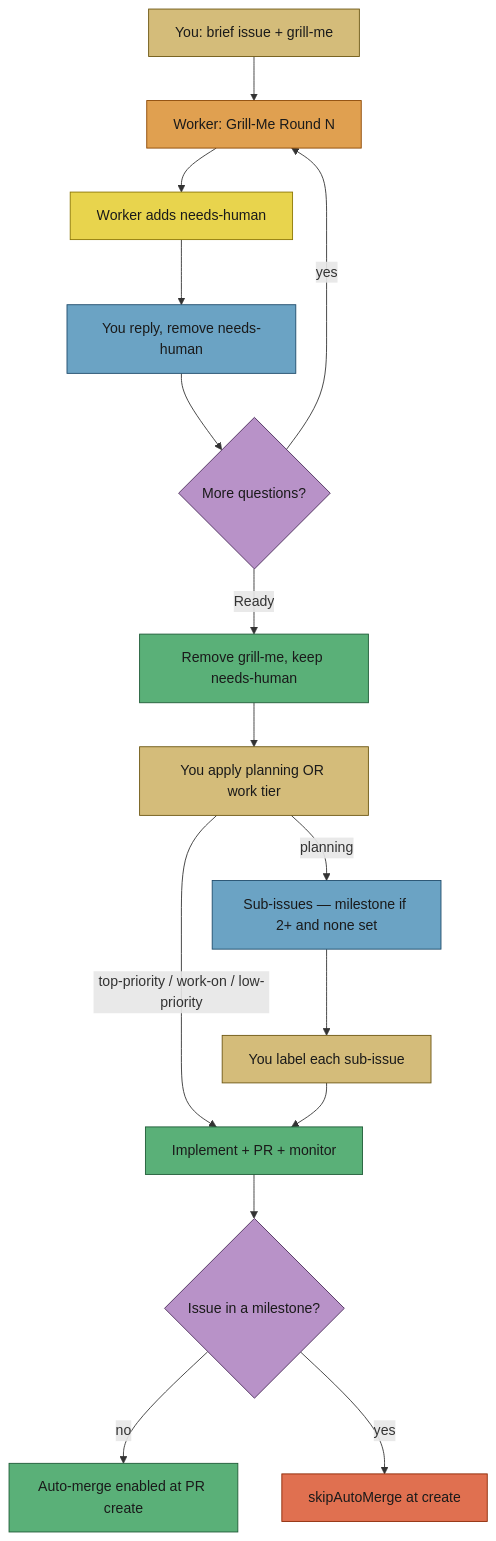
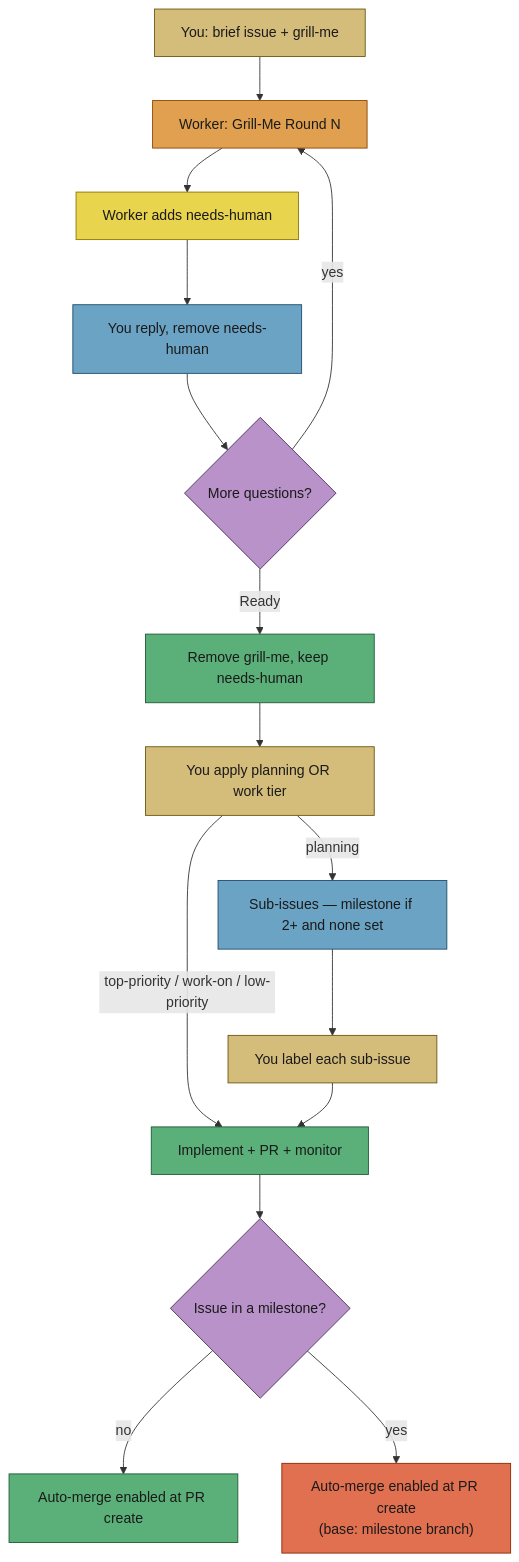
Before and after one commit to stSoftwareAU/VibeCoder: the first of 6 diagrams in docs/workflows/label-flows.md, drawn with Mermaid. The commit also changed other lines of this file and 7 other files, not shown here.

````diff
--- a/docs/workflows/label-flows.md
+++ b/docs/workflows/label-flows.md
@@ -43,30 +43,30 @@
 ```mermaid
 flowchart TD
   Brief["You: brief issue + grill-me"] --> Round["Worker: Grill-Me Round N"]
   Round --> NH["Worker adds needs-human"]
   NH --> Reply["You reply, remove needs-human"]
   Reply --> More{"More questions?"}
   More -->|yes| Round
   More -->|Ready| Ready["Remove grill-me, keep needs-human"]
   Ready --> Choose["You apply planning OR work tier"]
   Choose -->|planning| Plan["Sub-issues — milestone if 2+ and none set"]
   Plan --> Triage["You label each sub-issue"]
   Choose -->|top-priority / work-on / low-priority| Work["Implement + PR + monitor"]
   Triage --> Work
   Work --> AM{"Issue in a milestone?"}
   AM -->|no| AutoOn["Auto-merge enabled at PR create"]
-  AM -->|yes| AutoSkip["skipAutoMerge at create"]
+  AM -->|yes| AutoSkip["Auto-merge enabled at PR create<br/>(base: milestone branch)"]
   style Brief fill:#d4bc7a,stroke:#6b5510,color:#1a1a1a
   style Round fill:#e0a050,stroke:#8b4500,color:#1a1a1a
   style NH fill:#e8d44d,stroke:#8b7500,color:#1a1a1a
   style Reply fill:#6ba3c4,stroke:#1d4a6a,color:#1a1a1a
   style More fill:#b892c8,stroke:#4a2d5a,color:#1a1a1a
   style Ready fill:#5ab078,stroke:#1d5a35,color:#1a1a1a
   style Choose fill:#d4bc7a,stroke:#6b5510,color:#1a1a1a
   style Plan fill:#6ba3c4,stroke:#1d4a6a,color:#1a1a1a
   style Triage fill:#d4bc7a,stroke:#6b5510,color:#1a1a1a
   style Work fill:#5ab078,stroke:#1d5a35,color:#1a1a1a
   style AM fill:#b892c8,stroke:#4a2d5a,color:#1a1a1a
   style AutoOn fill:#5ab078,stroke:#1d5a35,color:#1a1a1a
   style AutoSkip fill:#e07050,stroke:#8b2500,color:#1a1a1a
 ```
````
